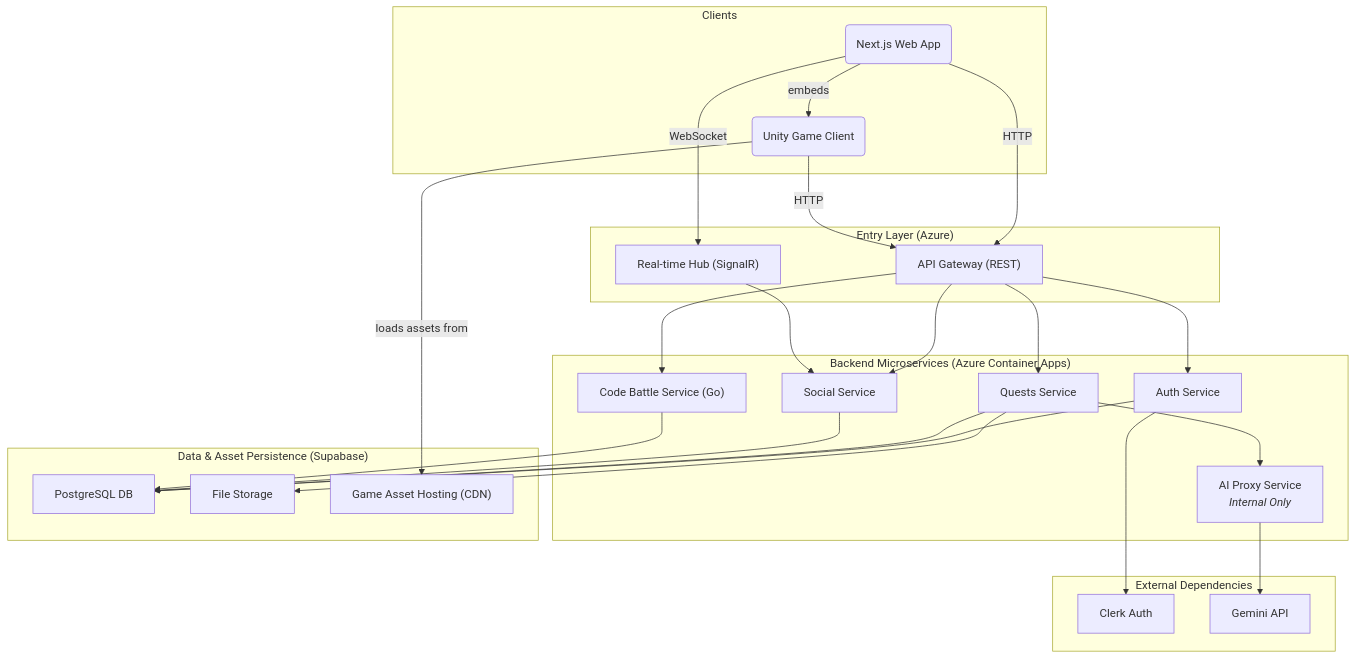
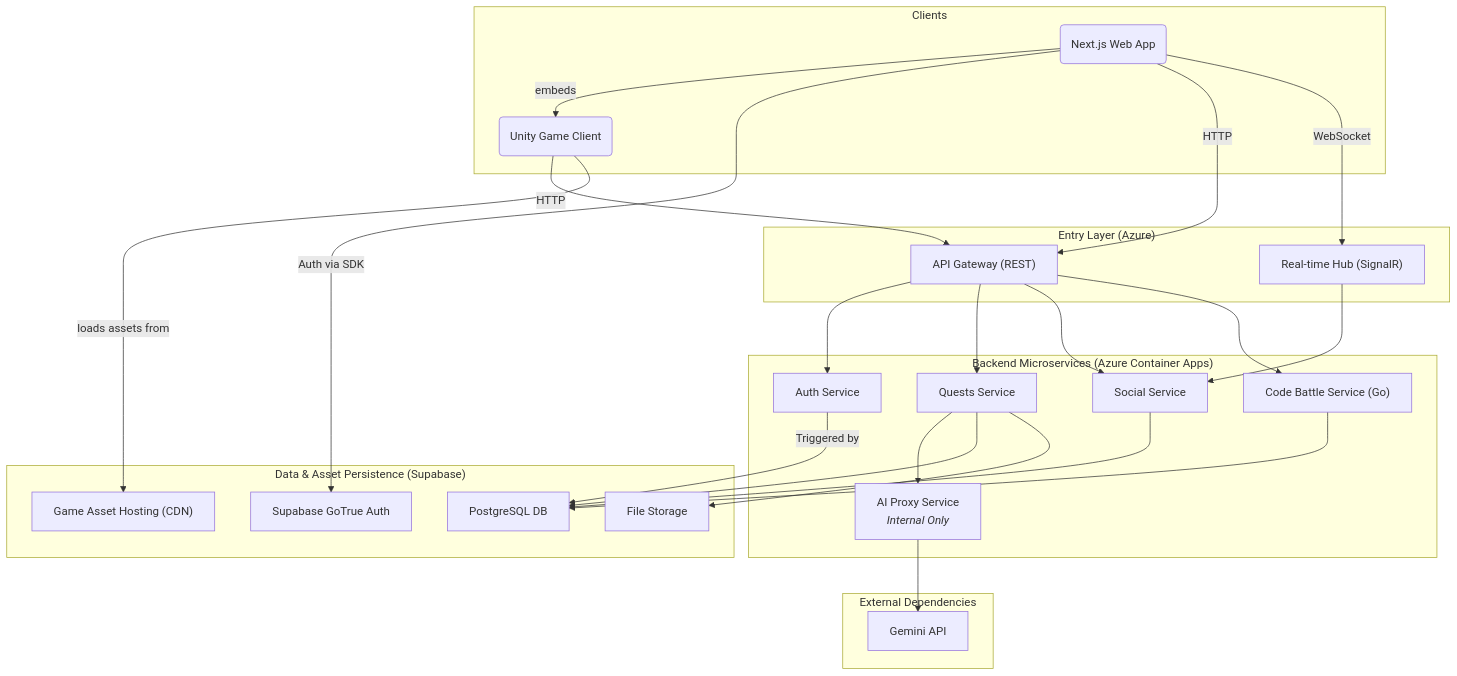
One commit to FA25SE050-RogueLearn/RogueLearn.BMAD.Documentation changed the diagram in docs/fullstack-architecture/components.md. Above: the diagram before and after it, drawn with Mermaid. The commit also changed other lines of this file and 17 other files, not shown here.

Commit message:
Update to change clerk to supabase auth

````diff
--- a/docs/fullstack-architecture/components.md
+++ b/docs/fullstack-architecture/components.md
@@ -45,55 +45,55 @@
 ```mermaid
 graph TD
     subgraph "Clients"
         WebApp("Next.js Web App") -- embeds --> Unity("Unity Game Client")
     end
 
     subgraph "Entry Layer (Azure)"
         Gateway["API Gateway (REST)"]
         Realtime["Real-time Hub (SignalR)"]
     end
 
     subgraph "Backend Microservices (Azure Container Apps)"
         Auth["Auth Service"]
         Quests["Quests Service"]
         Social["Social Service"]
         CodeBattle["Code Battle Service (Go)"]
         AIProxy["AI Proxy Service<br/><em>Internal Only</em>"]
     end
 
     subgraph "External Dependencies"
-        Clerk["Clerk Auth"]
         Gemini["Gemini API"]
     end
 
     subgraph "Data & Asset Persistence (Supabase)"
         DB["PostgreSQL DB"]
         Store["File Storage"]
         GameAssets["Game Asset Hosting (CDN)"]
+        SupabaseAuth[Supabase GoTrue Auth]
     end
 
+    WebApp -- Auth via SDK --> SupabaseAuth
     WebApp -- HTTP --> Gateway
     WebApp -- WebSocket --> Realtime
     Unity -- HTTP --> Gateway
     Unity -- loads assets from --> GameAssets
     
     Gateway --> Auth
     Gateway --> Quests
     Gateway --> Social
     Gateway --> CodeBattle
 
     Realtime --> Social
 
-    Auth --> Clerk
-    Auth --> DB
+    Auth -- Triggered by --> DB
     
     Quests --> AIProxy
     Quests --> DB
     Quests --> Store
     
     Social --> DB
     
     CodeBattle --> DB
 
     AIProxy --> Gemini
 ```
````
